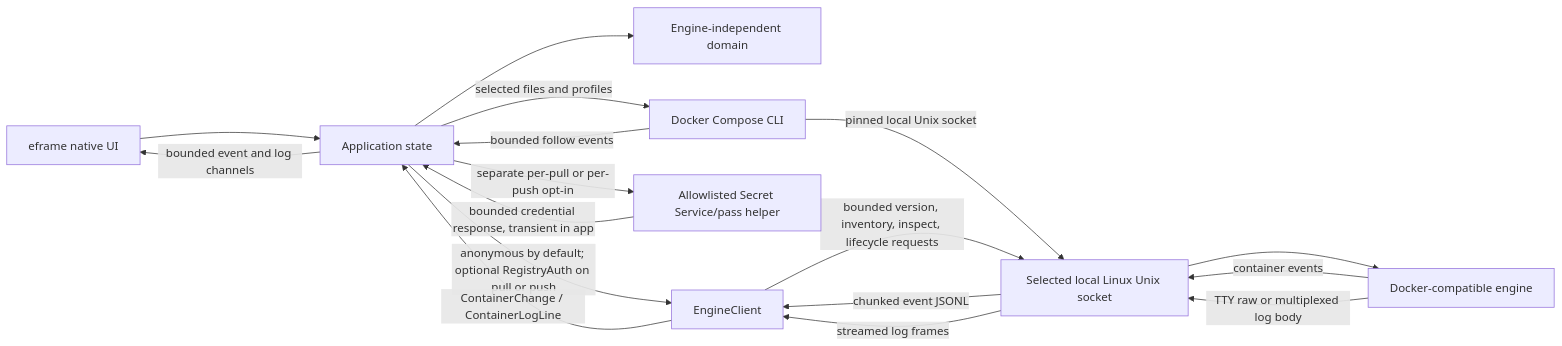
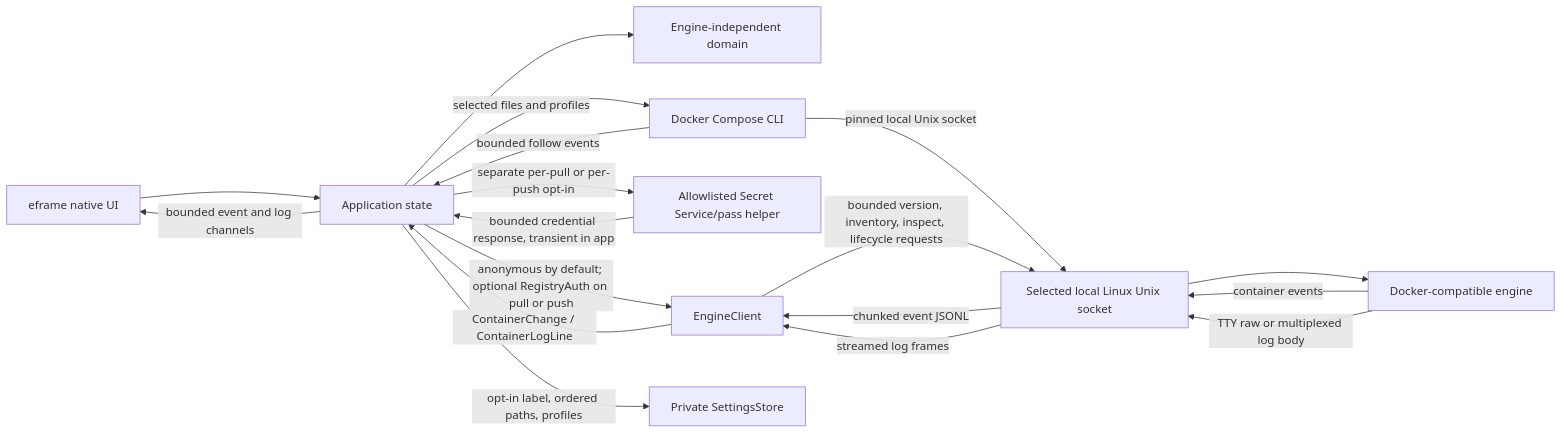
Before and after one commit to SzymonR1/ferrum-desktop: the diagram in docs/src/architecture/overview.md, drawn with Mermaid. The commit also changed other lines of this file and 11 other files, not shown here.

````diff
--- a/docs/src/architecture/overview.md
+++ b/docs/src/architecture/overview.md
@@ -5,19 +5,20 @@
 ```mermaid
 flowchart LR
     UI[eframe native UI] --> APP[Application state]
     APP --> CORE[Engine-independent domain]
     APP -->|anonymous by default; optional RegistryAuth on pull or push| CLIENT[EngineClient]
     APP -->|separate per-pull or per-push opt-in| HELPER[Allowlisted Secret Service/pass helper]
     HELPER -->|bounded credential response, transient in app| APP
     APP -->|selected files and profiles| COMPOSE[Docker Compose CLI]
     COMPOSE -->|pinned local Unix socket| SOCKET
     COMPOSE -->|bounded follow events| APP
+    APP -->|opt-in label, ordered paths, profiles| SETTINGS[Private SettingsStore]
     CLIENT -->|bounded version, inventory, inspect, lifecycle requests| SOCKET[Selected local Linux Unix socket]
     SOCKET --> ENGINE[Docker-compatible engine]
     ENGINE -->|container events| SOCKET
     ENGINE -->|TTY raw or multiplexed log body| SOCKET
     SOCKET -->|chunked event JSONL| CLIENT
     SOCKET -->|streamed log frames| CLIENT
     CLIENT -->|ContainerChange / ContainerLogLine| APP
     APP -->|bounded event and log channels| UI
 ```
````
